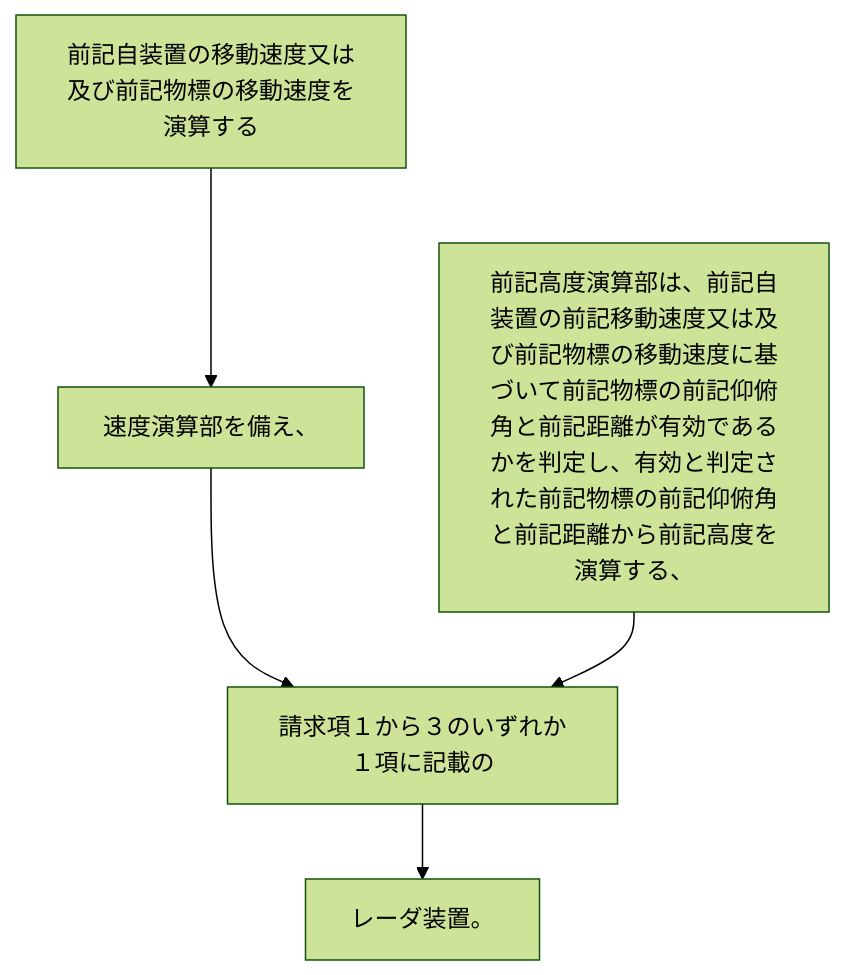
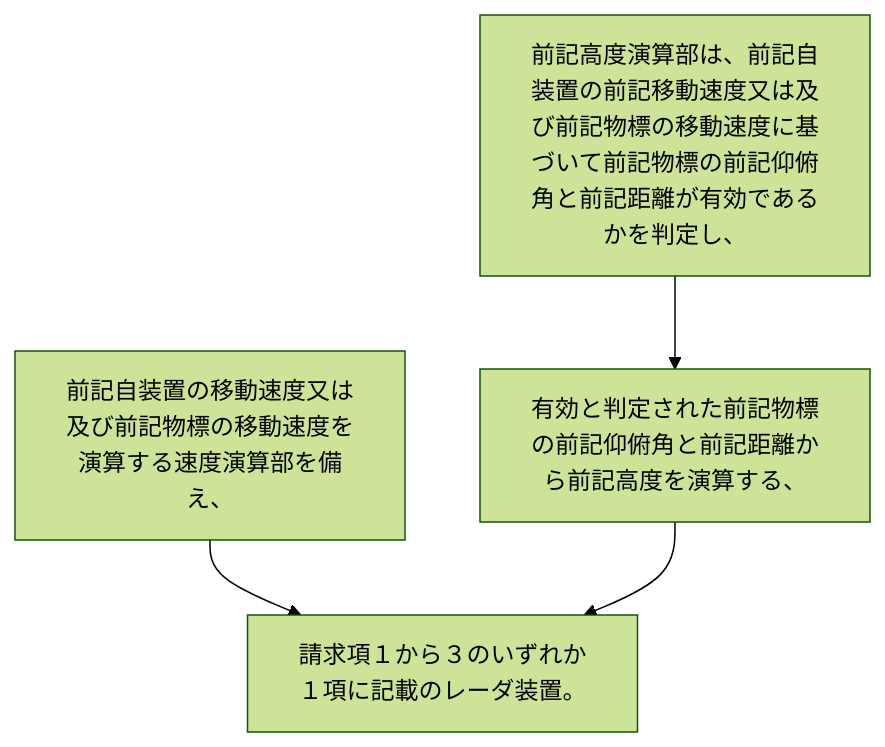
The diagram in 2024/JP2024021637A/claim_5/README.md (shinmori55/patent_analyzed), drawn with Mermaid (forest theme) before and after one commit. The commit also changed 336 other files, not shown here.

````diff
--- a/2024/JP2024021637A/claim_5/README.md
+++ b/2024/JP2024021637A/claim_5/README.md
@@ -4,12 +4,10 @@
 ```mermaid
 flowchart TD
-A[前記自装置の移動速度又は及び前記物標の移動速度を演算する]
-B[速度演算部を備え、]
-C[前記高度演算部は、前記自装置の前記移動速度又は及び前記物標の移動速度に基づいて前記物標の前記仰俯角と前記距離が有効であるかを判定し、有効と判定された前記物標の前記仰俯角と前記距離から前記高度を演算する、]
-D[請求項１から３のいずれか１項に記載の]
-E[レーダ装置。]
-A --> B
-B --> D
+A[前記自装置の移動速度又は及び前記物標の移動速度を演算する速度演算部を備え、]
+B[前記高度演算部は、前記自装置の前記移動速度又は及び前記物標の移動速度に基づいて前記物標の前記仰俯角と前記距離が有効であるかを判定し、]
+C[有効と判定された前記物標の前記仰俯角と前記距離から前記高度を演算する、]
+D[請求項１から３のいずれか１項に記載のレーダ装置。]
+A --> D
+B --> C
 C --> D
-D --> E
 ```
````
